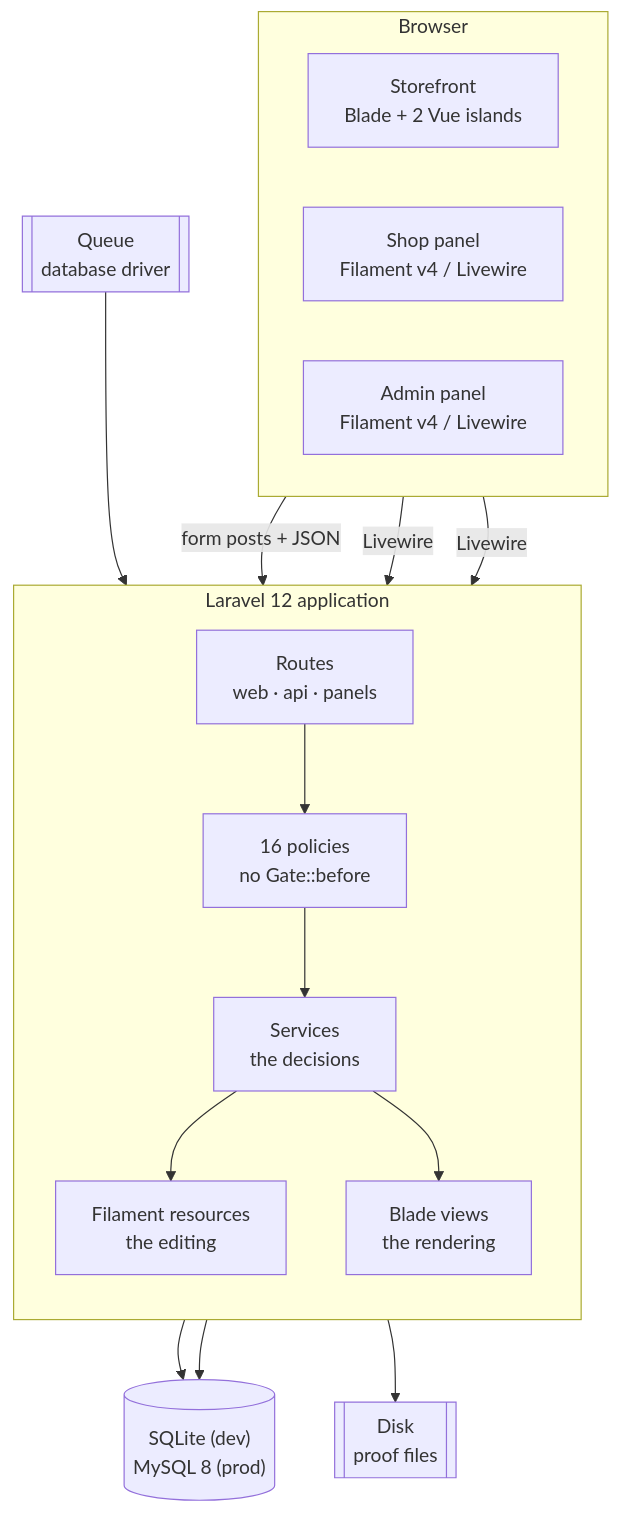
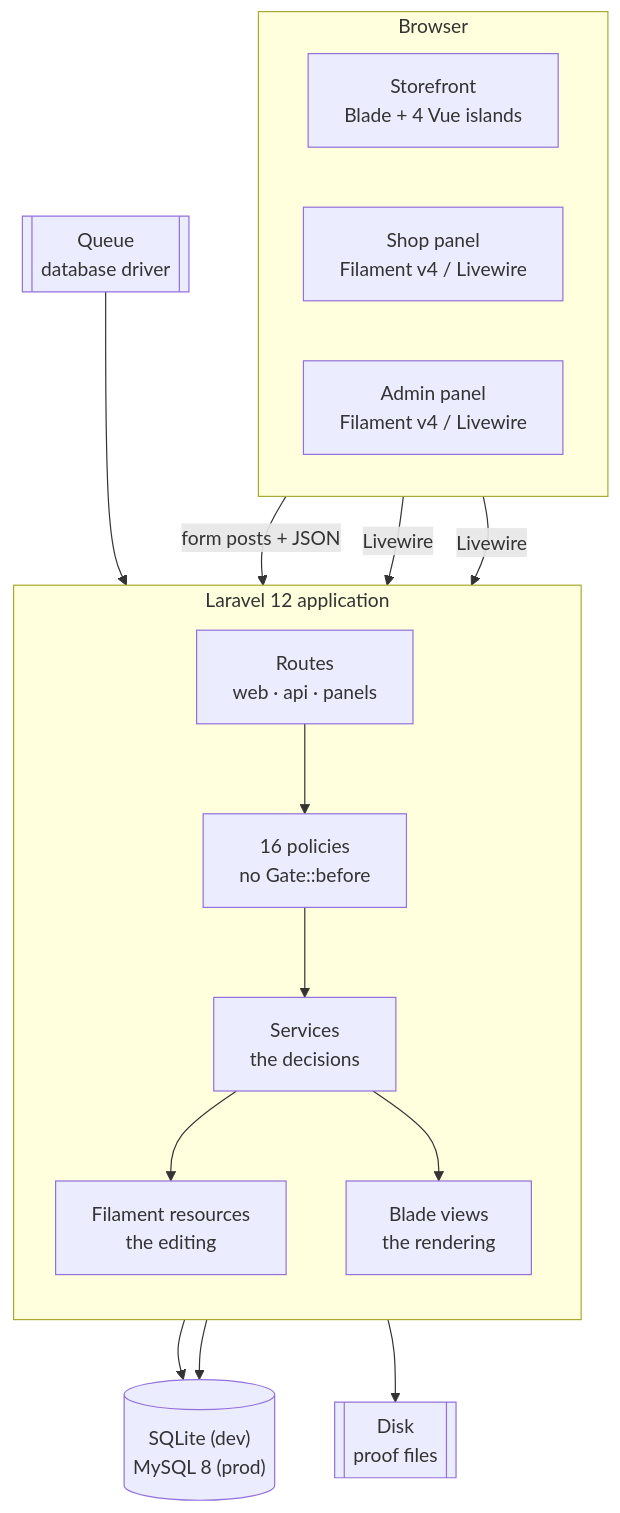
Before and after one commit to pasinosvictorianodyanna-hub/TarpaLink: the second of 7 diagrams in docs/ARCHITECTURE.md, drawn with Mermaid. The commit also changed other lines of this file and 48 other files, not shown here.

````diff
--- a/docs/ARCHITECTURE.md
+++ b/docs/ARCHITECTURE.md
@@ -47,33 +49,33 @@
 ```mermaid
 flowchart TB
     subgraph Browser["Browser"]
         direction LR
-        SB["Storefront<br/>Blade + 2 Vue islands"]
+        SB["Storefront<br/>Blade + 4 Vue islands"]
         SP["Shop panel<br/>Filament v4 / Livewire"]
         AP["Admin panel<br/>Filament v4 / Livewire"]
     end
 
     subgraph App["Laravel 12 application"]
         direction TB
         R["Routes<br/>web · api · panels"]
         POL["16 policies<br/>no Gate::before"]
         SVC["Services<br/>the decisions"]
         FIL["Filament resources<br/>the editing"]
         BL["Blade views<br/>the rendering"]
     end
 
     DB[("SQLite (dev)<br/>MySQL 8 (prod)")]
     Q[["Queue<br/>database driver"]]
     FS[["Disk<br/>proof files"]]
 
     SB -->|"form posts + JSON"| R
     SP -->|"Livewire"| R
     AP -->|"Livewire"| R
     R --> POL --> SVC
     SVC --> FIL
     SVC --> BL
     SVC --> DB
     R --> DB
     Q --> SVC
     SVC --> FS
 ```
````
